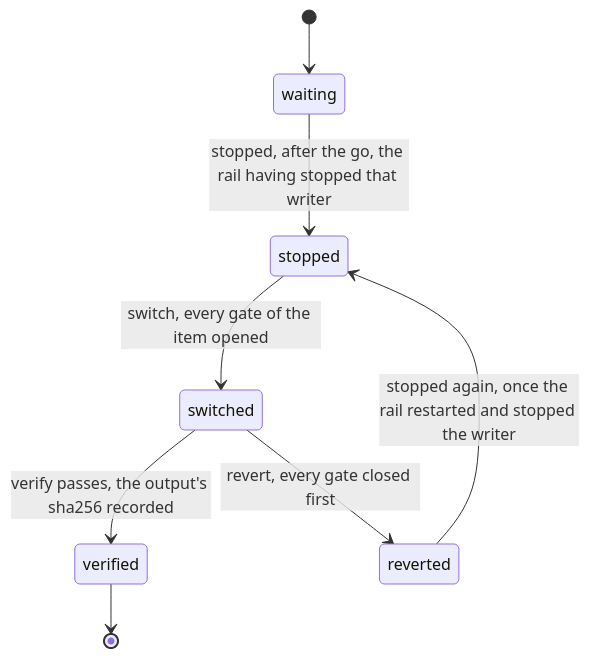
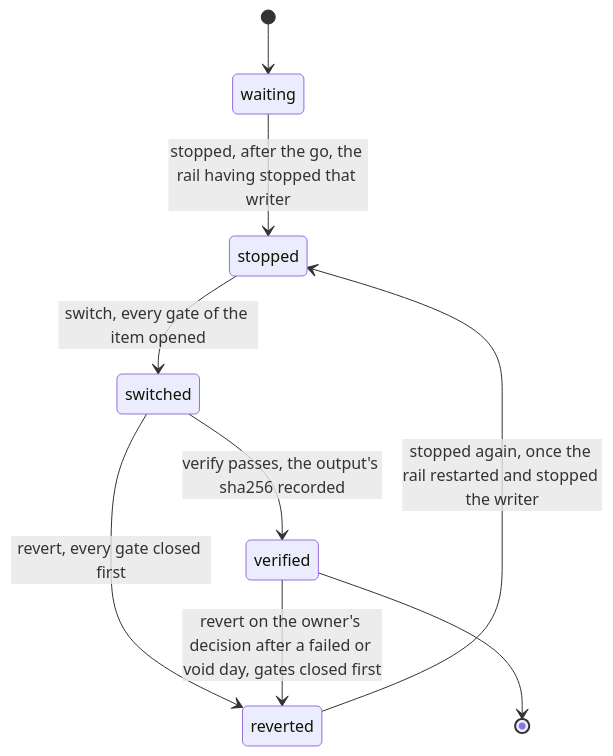
Before and after one commit to RexRenatus/deck-streak: the first of 3 diagrams in docs/schematics/cutover-checklist-and-sequence.md, drawn with Mermaid. The commit also changed other lines of this file and 3 other files, not shown here.

````diff
--- a/docs/schematics/cutover-checklist-and-sequence.md
+++ b/docs/schematics/cutover-checklist-and-sequence.md
@@ -16,10 +16,11 @@
 ```mermaid
 stateDiagram-v2
   [*] --> waiting
   waiting --> stopped: stopped, after the go, the rail having stopped that writer
   stopped --> switched: switch, every gate of the item opened
   switched --> verified: verify passes, the output's sha256 recorded
   switched --> reverted: revert, every gate closed first
   reverted --> stopped: stopped again, once the rail restarted and stopped the writer
+  verified --> reverted: revert on the owner's decision after a failed or void day, gates closed first
   verified --> [*]
 ```
````
